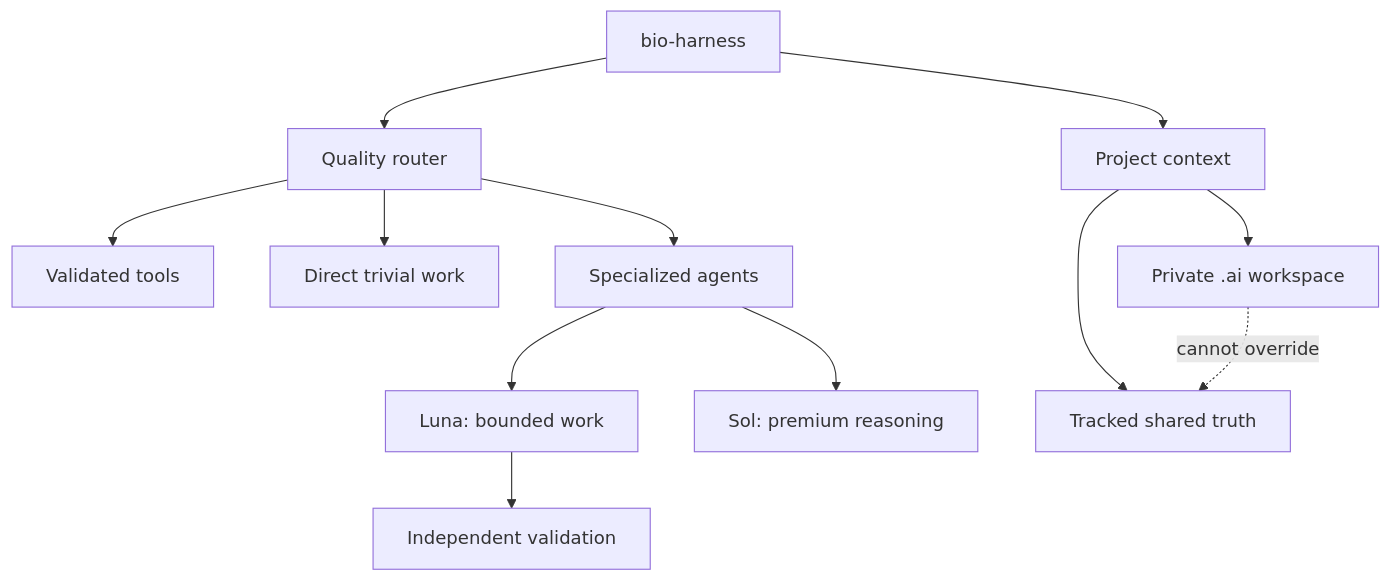
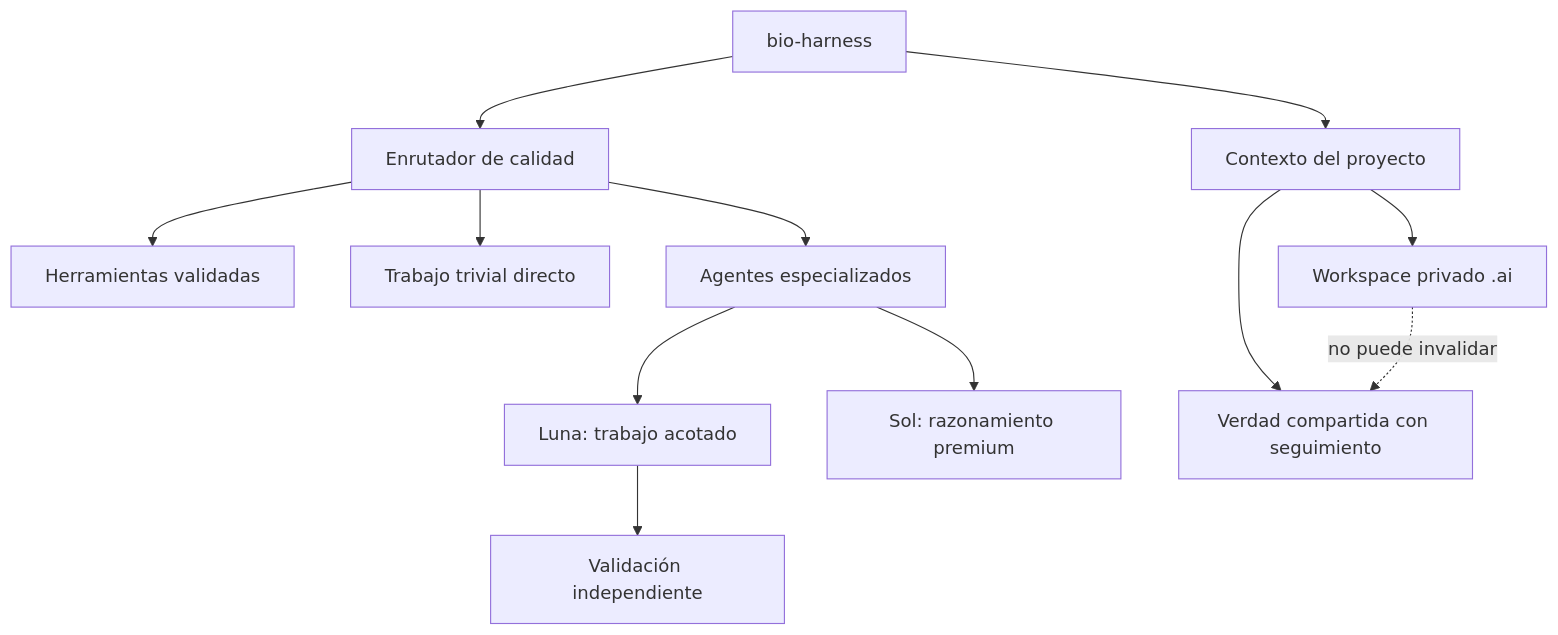
Before and after one commit to der-kaffe/bio-harness: the diagram in README.md, drawn with Mermaid. The commit also changed other lines of this file and 27 other files, not shown here.

````diff
--- a/README.md
+++ b/README.md
@@ -21,14 +21,14 @@
 ```mermaid
 flowchart TD
-    B[bio-harness] --> Q[Quality router]
-    B --> C[Project context]
-    Q --> T[Validated tools]
-    Q --> D[Direct trivial work]
-    Q --> A[Specialized agents]
-    A --> L[Luna: bounded work]
-    A --> S[Sol: premium reasoning]
-    L --> V[Independent validation]
-    C --> P[Private .ai workspace]
-    C --> H[Tracked shared truth]
-    P -. cannot override .-> H
+    B[bio-harness] --> Q[Enrutador de calidad]
+    B --> C[Contexto del proyecto]
+    Q --> T[Herramientas validadas]
+    Q --> D[Trabajo trivial directo]
+    Q --> A[Agentes especializados]
+    A --> L[Luna: trabajo acotado]
+    A --> S[Sol: razonamiento premium]
+    L --> V[Validación independiente]
+    C --> P[Workspace privado .ai]
+    C --> H[Verdad compartida con seguimiento]
+    P -. no puede invalidar .-> H
 ```
````
